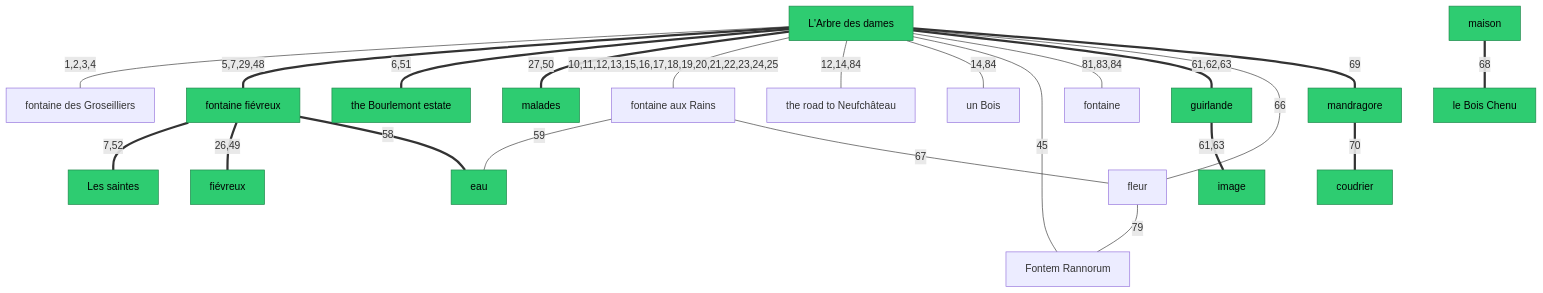
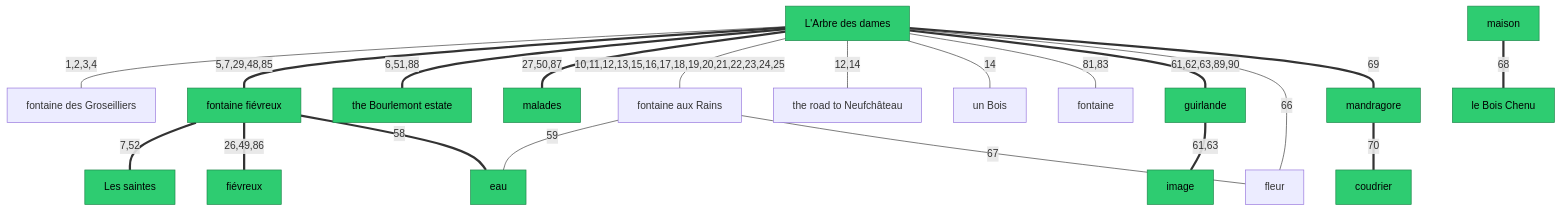
The diagram in README.md (kitty-catt/the-location-of-the-arbre-des-dames-and-the-spring-of-joan-of-arc), drawn with Mermaid before and after one commit. The commit also changed 2 other files, not shown here.

Commit message:
back to the source

````diff
--- a/README.md
+++ b/README.md
@@ -39,49 +39,46 @@
 ```mermaid
 graph TD
     classDef jeanneSourced fill:#2ecc71,stroke:#1e8449,color:#000;
 
     N1["L'Arbre des dames"]
     N3["fontaine des Groseilliers"]
     N4["fontaine fiévreux"]
     N5["fontaine aux Rains"]
     N6["the road to Neufchâteau"]
     N7["the Bourlemont estate"]
     N8["un Bois"]
     N9["Les saintes"]
     N10["fiévreux"]
     N11["malades"]
-    N14["Fontem Rannorum"]
     N19["fontaine"]
     N24["eau"]
     N26["guirlande"]
     N27["image"]
     N29["fleur"]
     N30["maison"]
     N31["mandragore"]
     N32["coudrier"]
     N36["le Bois Chenu"]
 
     N1 -- "1,2,3,4" --- N3
-    N1 == "5,7,29,48" === N4
-    N1 == "6,51" === N7
+    N1 == "5,7,29,48,85" === N4
+    N1 == "6,51,88" === N7
     N4 == "7,52" === N9
-    N4 == "26,49" === N10
-    N1 == "27,50" === N11
+    N4 == "26,49,86" === N10
+    N1 == "27,50,87" === N11
     N1 -- "10,11,12,13,15,16,17,18,19,20,21,22,23,24,25" --- N5
-    N1 -- "12,14,84" --- N6
-    N1 -- "14,84" --- N8
-    N1 -- "45" --- N14
-    N29 -- "79" --- N14
-    N1 -- "81,83,84" --- N19
+    N1 -- "12,14" --- N6
+    N1 -- "14" --- N8
+    N1 -- "81,83" --- N19
     N4 == "58" === N24
     N5 -- "59" --- N24
-    N1 == "61,62,63" === N26
+    N1 == "61,62,63,89,90" === N26
     N26 == "61,63" === N27
     N1 -- "66" --- N29
     N5 -- "67" --- N29
     N30 == "68" === N36
     N1 == "69" === N31
     N31 == "70" === N32
 
     class N1,N4,N7,N9,N10,N11,N24,N26,N27,N30,N31,N32,N36 jeanneSourced
 ```
````
